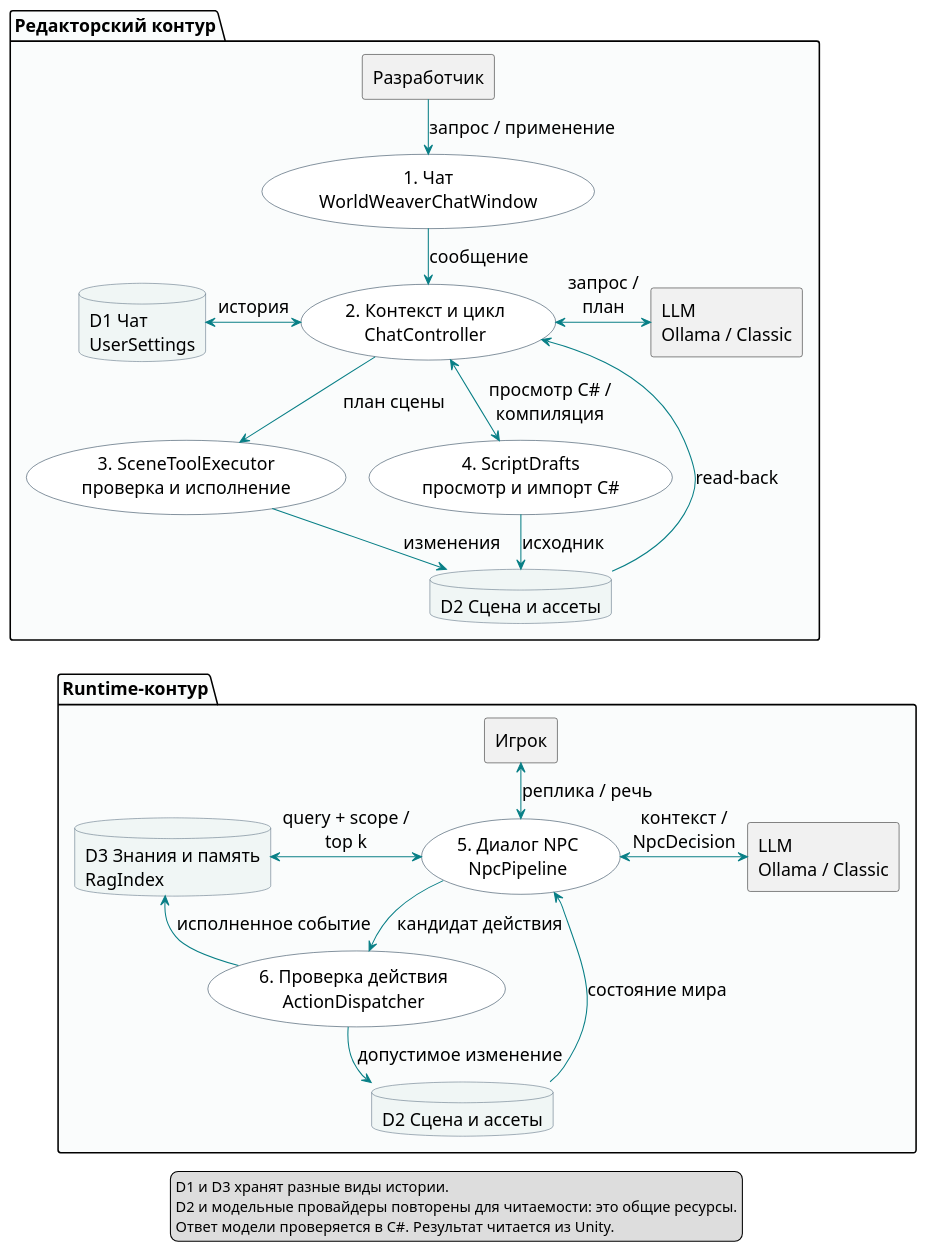
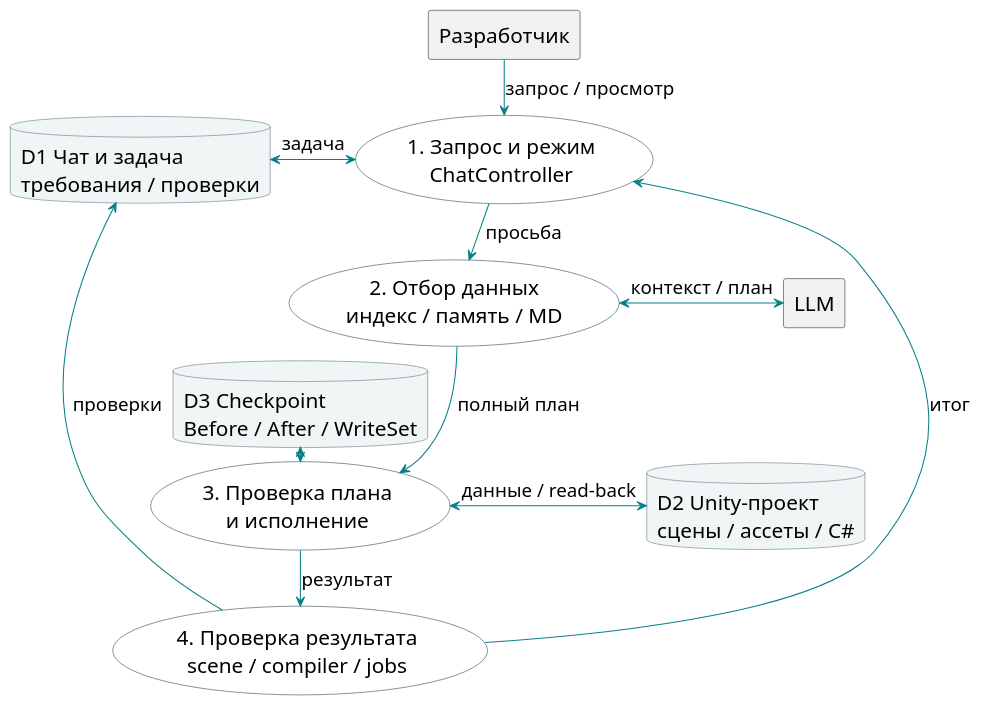
The diagram in docs/uml/dfd.puml (saslekawaiii/scenepilot-unity), drawn with PlantUML before and after one commit. The commit also changed 613 other files, not shown here.

First line of the commit message:
Implement WorldWeaver 1.2 agent, gameplay and model connections

```diff
--- a/docs/uml/dfd.puml
+++ b/docs/uml/dfd.puml
@@ -1,60 +1,35 @@
 @startuml
 skinparam defaultFontName Arial
-skinparam defaultFontSize 17
+skinparam defaultFontSize 20
+skinparam ArrowFontSize 18
 skinparam shadowing false
-skinparam nodesep 22
+skinparam ArrowColor #087F86
+skinparam nodesep 20
 skinparam ranksep 28
-skinparam ArrowColor #087F86
 skinparam usecaseBorderColor #142F46
-skinparam usecaseBackgroundColor #FFFFFF
+skinparam usecaseBackgroundColor white
 skinparam databaseBorderColor #52677A
 skinparam databaseBackgroundColor #F0F6F5
-skinparam packageBackgroundColor #FAFCFC
 top to bottom direction
-
-package "Редакторский контур" as Editor {
-  rectangle "Разработчик" as Developer
-  usecase "1. Чат\nWorldWeaverChatWindow" as Chat
-  usecase "2. Контекст и цикл\nChatController" as Controller
-  database "D1 Чат\nUserSettings" as History
-  rectangle "LLM\nOllama / Classic" as LLMEditor
-  usecase "3. SceneToolExecutor\nпроверка и исполнение" as Executor
-  usecase "4. ScriptDrafts\nпросмотр и импорт C#" as Scripts
-  database "D2 Сцена и ассеты" as SceneEditor
-
-  Developer -down-> Chat : запрос / применение
-  Chat -down-> Controller : сообщение
-  Controller <-left-> History : история
-  Controller <-right-> LLMEditor : запрос /\nплан
-  Controller -down-> Executor : план сцены
-  Controller <-down-> Scripts : просмотр C# /\nкомпиляция
-  Executor -down-> SceneEditor : изменения
-  Scripts -down-> SceneEditor : исходник
-  SceneEditor --> Controller : read-back
-  Executor -[hidden]right-> Scripts
-}
-
-package "Runtime-контур" as Runtime {
-  rectangle "Игрок" as Player
-  usecase "5. Диалог NPC\nNpcPipeline" as Dialogue
-  database "D3 Знания и память\nRagIndex" as RAG
-  rectangle "LLM\nOllama / Classic" as LLMRuntime
-  usecase "6. Проверка действия\nActionDispatcher" as Actions
-  database "D2 Сцена и ассеты" as SceneRuntime
-
-  Player <-down-> Dialogue : реплика / речь
-  Dialogue <-left-> RAG : query + scope /\ntop k
-  Dialogue <-right-> LLMRuntime : контекст /\nNpcDecision
-  Dialogue -down-> Actions : кандидат действия
-  Actions -down-> SceneRuntime : допустимое изменение
-  SceneRuntime --> Dialogue : состояние мира
-  Actions --> RAG : исполненное событие
-}
-
-SceneEditor -[hidden]down-> Player
-legend bottom
-  D1 и D3 хранят разные виды истории.
-  D2 и модельные провайдеры повторены для читаемости: это общие ресурсы.
-  Ответ модели проверяется в C#. Результат читается из Unity.
-endlegend
+rectangle "Разработчик" as User
+usecase "1. Запрос и режим\nChatController" as Chat
+database "D1 Чат и задача\nтребования / проверки" as History
+usecase "2. Отбор данных\nиндекс / память / MD" as Context
+rectangle "LLM" as Model
+usecase "3. Проверка плана\nи исполнение" as Execute
+database "D2 Unity-проект\nсцены / ассеты / C#" as Project
+database "D3 Checkpoint\nBefore / After / WriteSet" as Backup
+usecase "4. Проверка результата\nscene / compiler / jobs" as Verify
+User -down-> Chat : запрос / просмотр
+Chat <-left-> History : задача
+Chat -down-> Context : просьба
+Context <-right-> Model : контекст / план
+Context -down-> Execute : полный план
+Execute <-left-> Backup : снимок / Restore
+Execute <-right-> Project : данные / read-back
+Execute -down-> Verify : результат
+Verify -up-> History : проверки
+Verify -up-> Chat : итог
+History -[hidden]down-> Backup
+Model -[hidden]down-> Project
 @enduml
```
